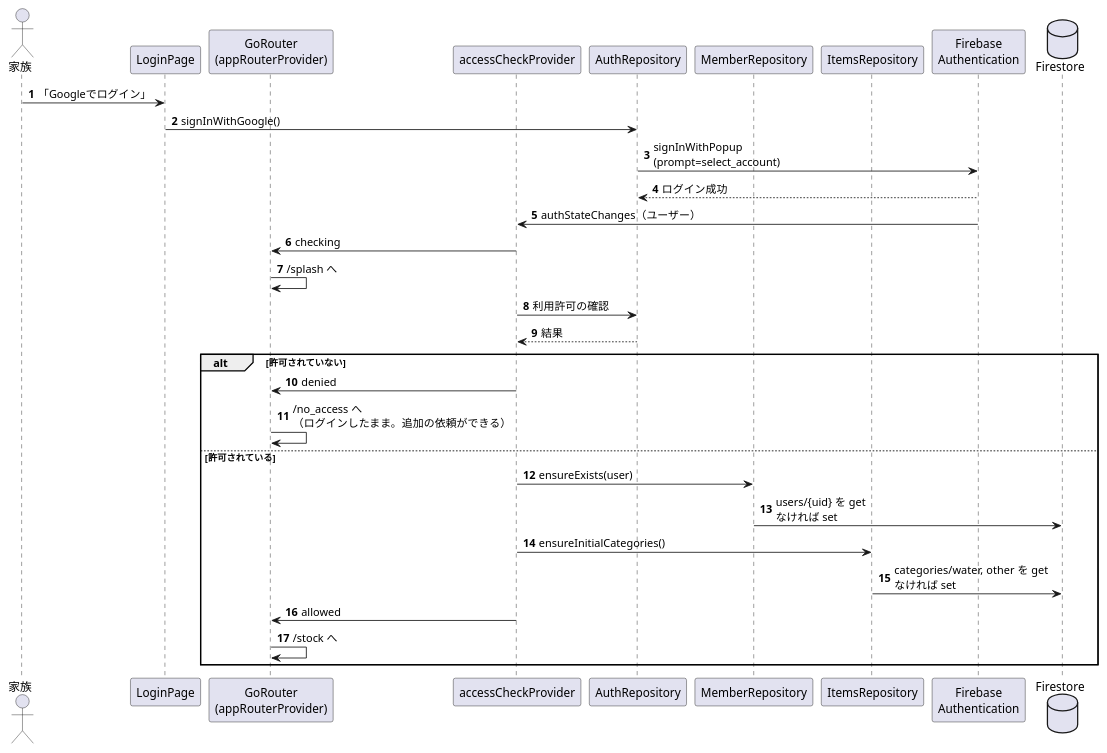
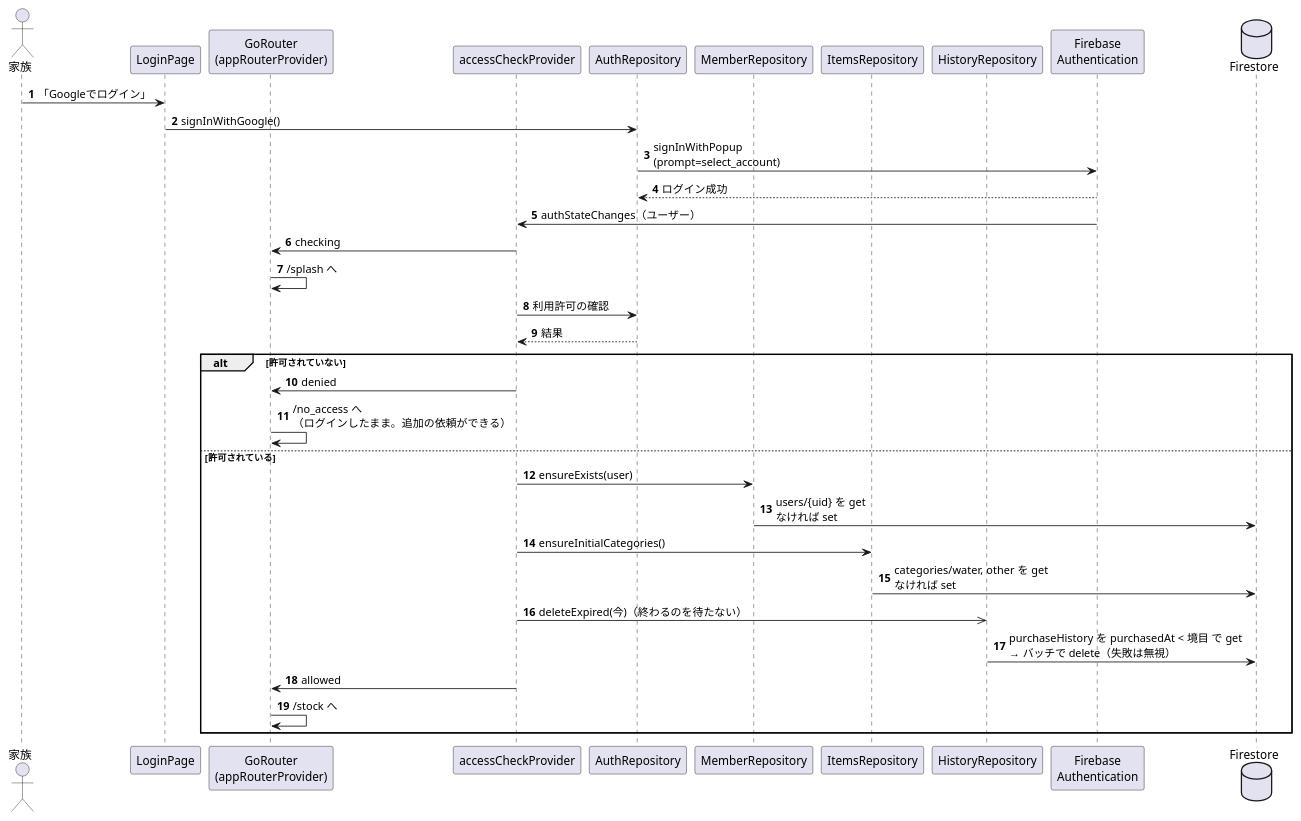
The diagram in design/sequences/diagrams/login.puml (LASC-SINCE2015/LivingManager), drawn with PlantUML before and after one commit. The commit also changed 53 other files, not shown here.

```diff
--- a/design/sequences/diagrams/login.puml
+++ b/design/sequences/diagrams/login.puml
@@ -1,38 +1,41 @@
 @startuml login
 !pragma layout smetana
 ' 起動からログイン、利用開始の準備までの流れ
 skinparam defaultFontName "Meiryo"
 autonumber
 
 actor "家族" as user
 participant "LoginPage" as page
 participant "GoRouter\n(appRouterProvider)" as router
 participant "accessCheckProvider" as check
 participant "AuthRepository" as authRepo
 participant "MemberRepository" as memberRepo
 participant "ItemsRepository" as itemsRepo
+participant "HistoryRepository" as historyRepo
 participant "Firebase\nAuthentication" as auth
 database "Firestore" as fs
 
 user -> page : 「Googleでログイン」
 page -> authRepo : signInWithGoogle()
 authRepo -> auth : signInWithPopup\n(prompt=select_account)
 auth --> authRepo : ログイン成功
 auth -> check : authStateChanges（ユーザー）
 check -> router : checking
 router -> router : /splash へ
 
 check -> authRepo : 利用許可の確認
 authRepo --> check : 結果
 alt 許可されていない
   check -> router : denied
   router -> router : /no_access へ\n（ログインしたまま。追加の依頼ができる）
 else 許可されている
   check -> memberRepo : ensureExists(user)
   memberRepo -> fs : users/{uid} を get\nなければ set
   check -> itemsRepo : ensureInitialCategories()
   itemsRepo -> fs : categories/water, other を get\nなければ set
+  check ->> historyRepo : deleteExpired(今)（終わるのを待たない）
+  historyRepo -> fs : purchaseHistory を purchasedAt < 境目 で get\n→ バッチで delete（失敗は無視）
   check -> router : allowed
   router -> router : /stock へ
 end
 @enduml
```
